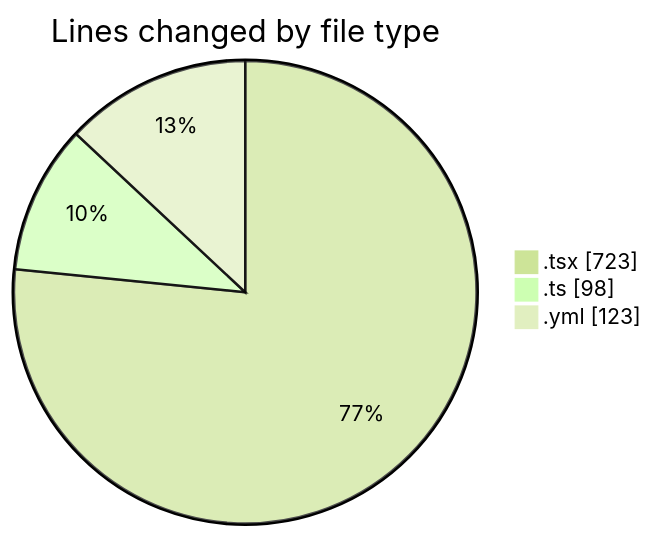
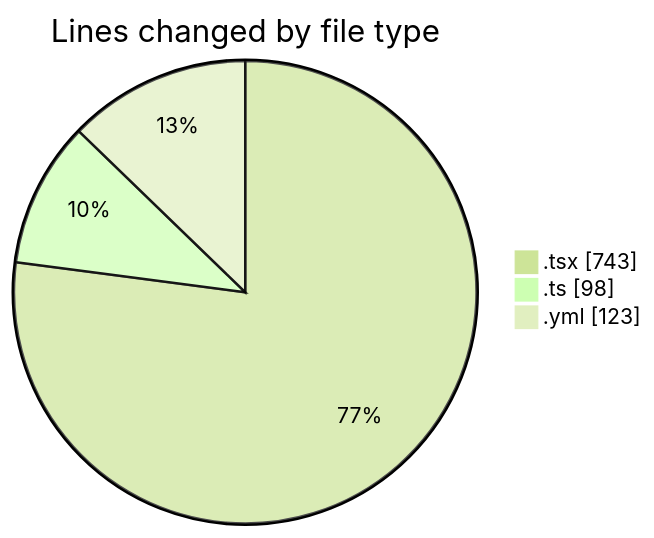
One commit to julien-gomy/code-tracking changed the first of 2 diagrams in 2025-10-17/eventscop-frontend-guide__workspace_/README.md. Above: the diagram before and after it, drawn with Mermaid (forest theme). The commit also changed other lines of this file and 1 other file, not shown here.

````diff
--- a/2025-10-17/eventscop-frontend-guide__workspace_/README.md
+++ b/2025-10-17/eventscop-frontend-guide__workspace_/README.md
@@ -27,7 +27,7 @@
 ```mermaid
 pie showData
 title Lines changed by file type
-".tsx" : 723
+".tsx" : 743
 ".ts" : 98
 ".yml" : 123
 ```
````
